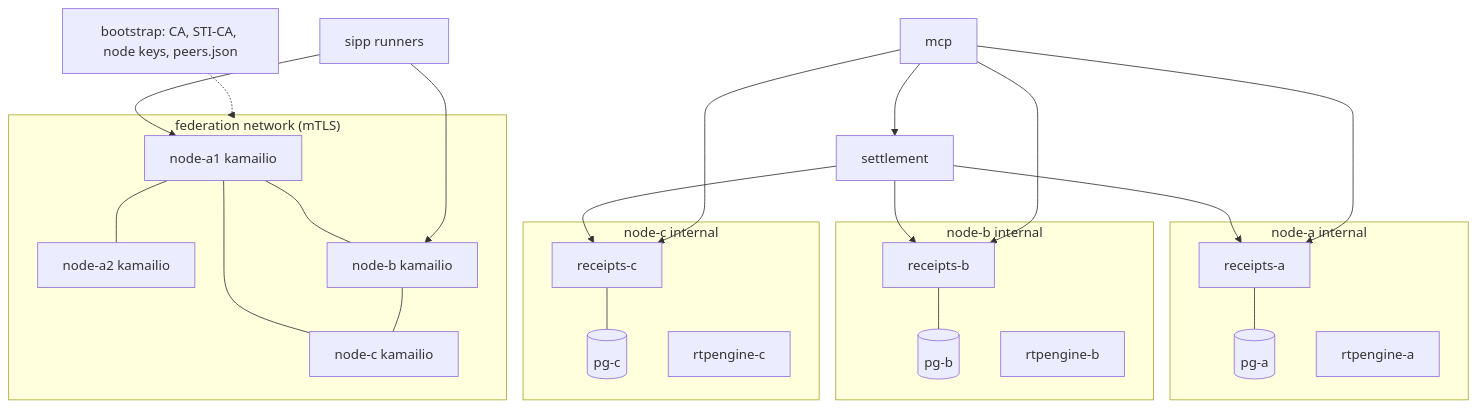
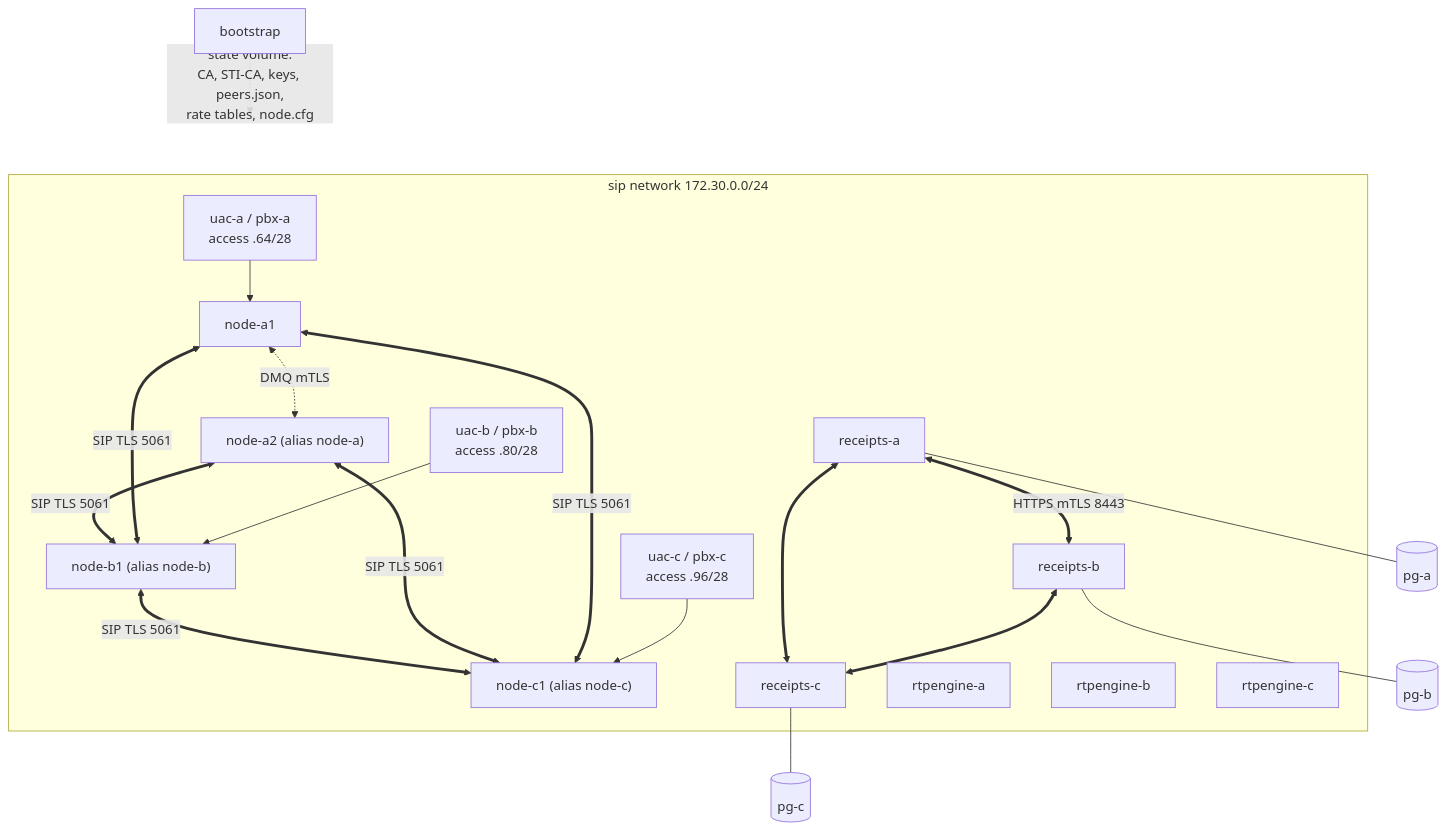
The third of 3 diagrams in docs/ARCHITECTURE.md (ajamous/DOTS), drawn with Mermaid before and after one commit. The commit also changed other lines of this file and 5 other files, not shown here.

````diff
--- a/docs/ARCHITECTURE.md
+++ b/docs/ARCHITECTURE.md
@@ -489,26 +496,22 @@
 ```mermaid
 flowchart TB
-  subgraph net_fed["federation network (mTLS)"]
-    A1[node-a1 kamailio] --- A2[node-a2 kamailio]
-    A1 --- B[node-b kamailio]
-    A1 --- C[node-c kamailio]
-    B --- C
-  end
-  subgraph a_int[node-a internal]
-    RA[receipts-a] --- PGA[(pg-a)]
+  subgraph sip["sip network 172.30.0.0/24"]
+    UA[uac-a / pbx-a<br/>access .64/28] --> A1[node-a1]
+    A1 <-. "DMQ mTLS" .-> A2["node-a2 (alias node-a)"]
+    UB[uac-b / pbx-b<br/>access .80/28] --> B1["node-b1 (alias node-b)"]
+    UC[uac-c / pbx-c<br/>access .96/28] --> C1["node-c1 (alias node-c)"]
+    A1 & A2 <== "SIP TLS 5061" ==> B1
+    A1 & A2 <== "SIP TLS 5061" ==> C1
+    B1 <== "SIP TLS 5061" ==> C1
+    RA[receipts-a] <== "HTTPS mTLS 8443" ==> RB[receipts-b]
+    RB <==> RC[receipts-c]
+    RA <==> RC
     RTPA[rtpengine-a]
-  end
-  subgraph b_int[node-b internal]
-    RB[receipts-b] --- PGB[(pg-b)]
     RTPB[rtpengine-b]
-  end
-  subgraph c_int[node-c internal]
-    RC[receipts-c] --- PGC[(pg-c)]
     RTPC[rtpengine-c]
   end
-  BOOT[bootstrap: CA, STI-CA, node keys, peers.json] -.-> net_fed
-  SIPP[sipp runners] --> A1
-  SIPP --> B
-  ST[settlement] --> RA & RB & RC
-  MCP[mcp] --> ST & RA & RB & RC
+  RA --- PGA[(pg-a)]
+  RB --- PGB[(pg-b)]
+  RC --- PGC[(pg-c)]
+  BOOT[bootstrap] -. "state volume:<br/>CA, STI-CA, keys, peers.json,<br/>rate tables, node.cfg" .-> sip
 ```
````
